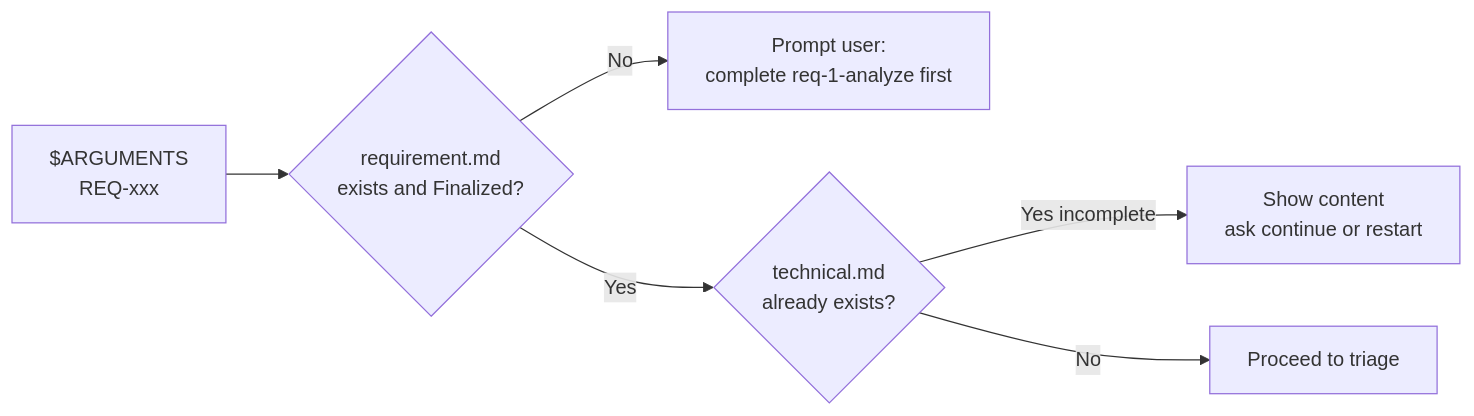
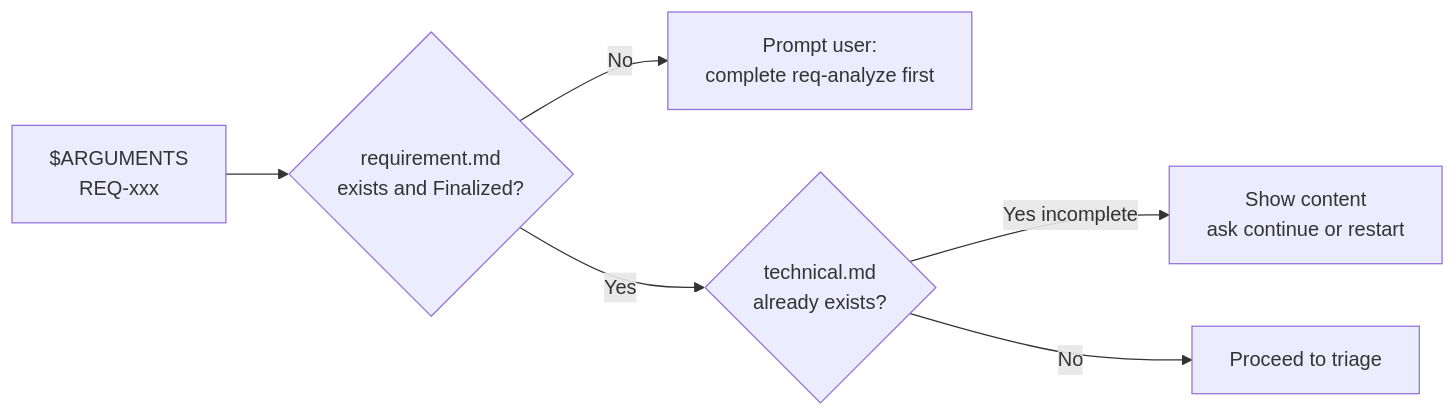
One commit to GOODDAYDAY/my-skills changed the third of 5 diagrams in req-tech/SKILL.md. Above: the diagram before and after it, drawn with Mermaid. The commit also changed other lines of this file and 13 other files, not shown here.

````diff
--- a/req-tech/SKILL.md
+++ b/req-tech/SKILL.md
@@ -57,8 +57,8 @@
 ```mermaid
 flowchart LR
     A[$ARGUMENTS\nREQ-xxx] --> B{requirement.md\nexists and Finalized?}
-    B -- No --> C[Prompt user:\ncomplete req-1-analyze first]
+    B -- No --> C[Prompt user:\ncomplete req-analyze first]
     B -- Yes --> D{technical.md\nalready exists?}
     D -- Yes incomplete --> E[Show content\nask continue or restart]
     D -- No --> F[Proceed to triage]
 ```
````
